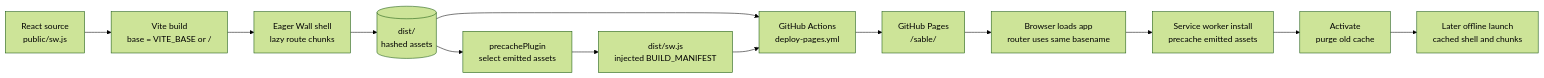
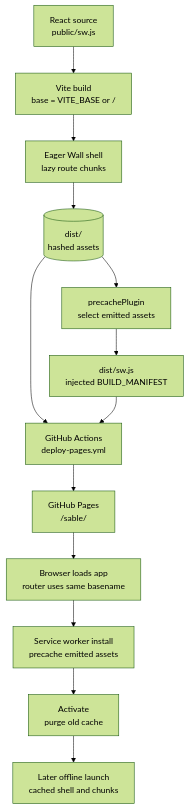
One commit to Pritesh1980/sable changed the ninth of 11 diagrams in docs/ARCHITECTURE.md. Above: the diagram before and after it, drawn with Mermaid (forest theme). The commit also changed other lines of this file and 3 other files, not shown here.

````diff
--- a/docs/ARCHITECTURE.md
+++ b/docs/ARCHITECTURE.md
@@ -420,21 +520,21 @@
 ```mermaid
-flowchart LR
+flowchart TB
   SOURCE["React source<br/>public/sw.js"]
   CONFIG["Vite build<br/>base = VITE_BASE or /"]
   SPLIT["Eager Wall shell<br/>lazy route chunks"]
   DIST[("dist/<br/>hashed assets")]
   MANIFEST["precachePlugin<br/>select emitted assets"]
   WORKER["dist/sw.js<br/>injected BUILD_MANIFEST"]
   ACTIONS["GitHub Actions<br/>deploy-pages.yml"]
   PAGES["GitHub Pages<br/>/sable/"]
   BROWSER["Browser loads app<br/>router uses same basename"]
   INSTALL["Service worker install<br/>precache emitted assets"]
   ACTIVATE["Activate<br/>purge old cache"]
   OFFLINE["Later offline launch<br/>cached shell and chunks"]
 
   SOURCE --> CONFIG --> SPLIT --> DIST
   DIST --> MANIFEST --> WORKER
   DIST --> ACTIONS
   WORKER --> ACTIONS --> PAGES --> BROWSER
   BROWSER --> INSTALL --> ACTIVATE --> OFFLINE
 ```
````
